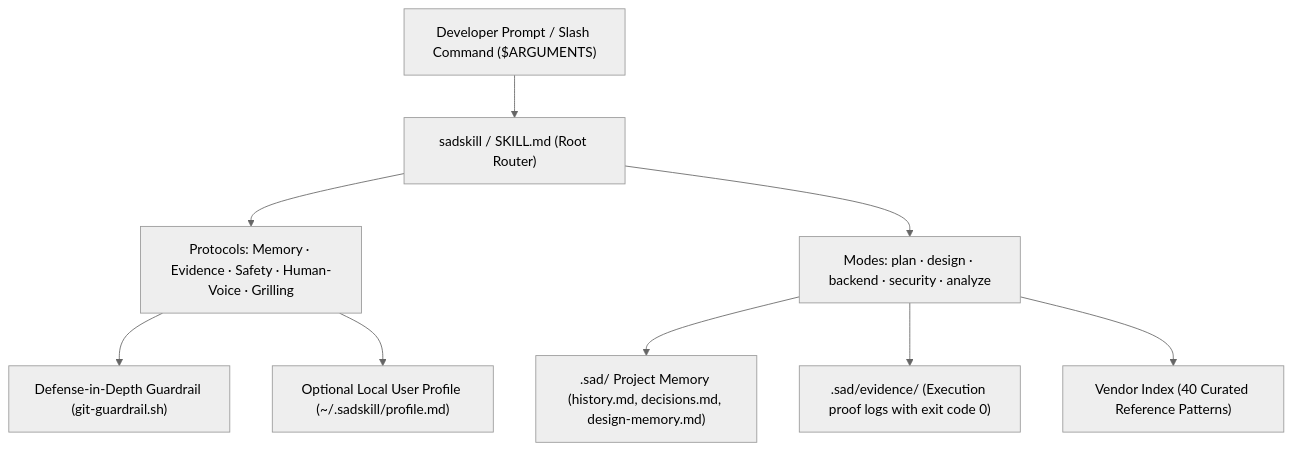
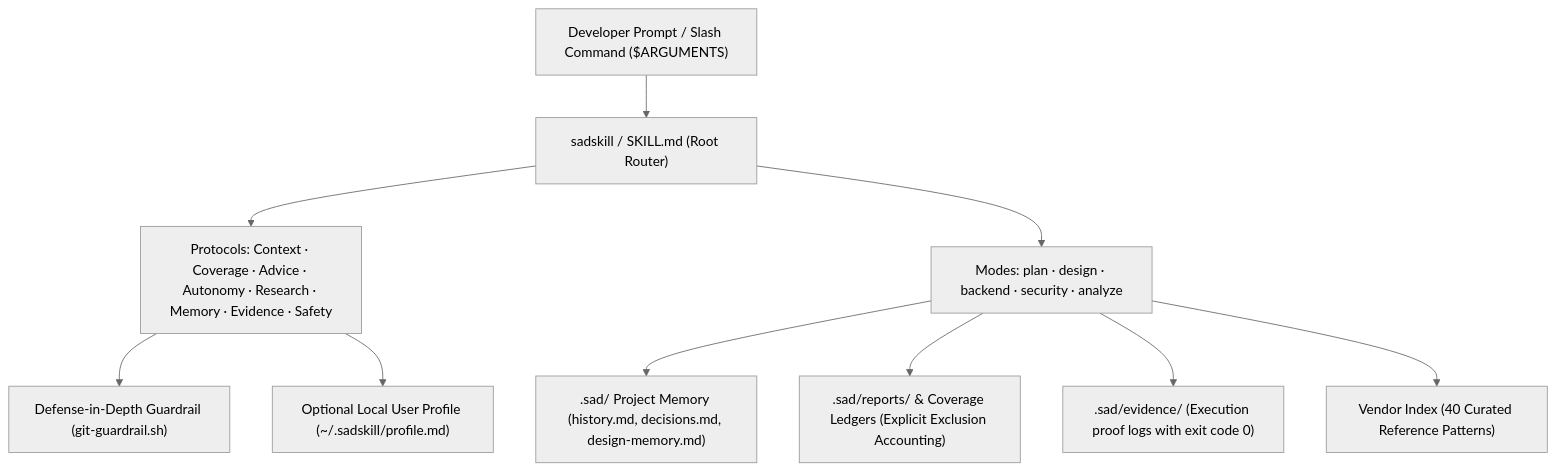
The diagram in README.md (Prarohi/sadskill), drawn with Mermaid (neutral theme) before and after one commit. The commit also changed other lines of this file and 35 other files, not shown here.

````diff
--- a/README.md
+++ b/README.md
@@ -56,11 +58,12 @@
 ```mermaid
 flowchart TD
     User["Developer Prompt / Slash Command ($ARGUMENTS)"] --> Router["sadskill / SKILL.md (Root Router)"]
-    Router --> Protocols["Protocols: Memory · Evidence · Safety · Human-Voice · Grilling"]
+    Router --> Protocols["Protocols: Context · Coverage · Advice · Autonomy · Research · Memory · Evidence · Safety"]
     Router --> Modes["Modes: plan · design · backend · security · analyze"]
     Modes --> Memory[".sad/ Project Memory (history.md, decisions.md, design-memory.md)"]
+    Modes --> CoverageLedger[".sad/reports/ & Coverage Ledgers (Explicit Exclusion Accounting)"]
     Modes --> Evidence[".sad/evidence/ (Execution proof logs with exit code 0)"]
     Modes --> VendorIndex["Vendor Index (40 Curated Reference Patterns)"]
     Protocols --> Guardrails["Defense-in-Depth Guardrail (git-guardrail.sh)"]
     Protocols --> LocalProfile["Optional Local User Profile (~/.sadskill/profile.md)"]
 ```
````
